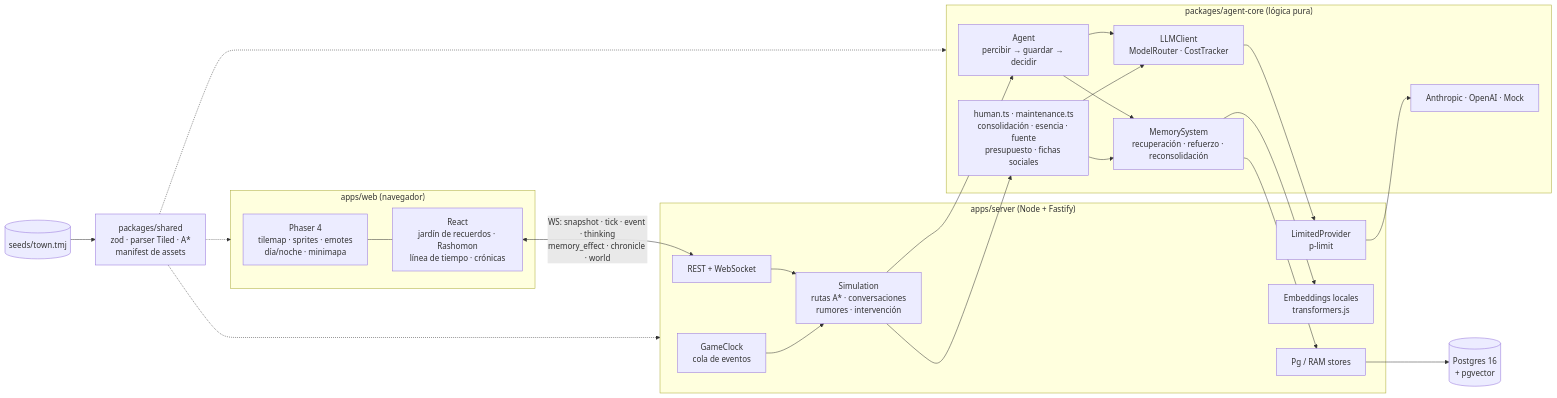
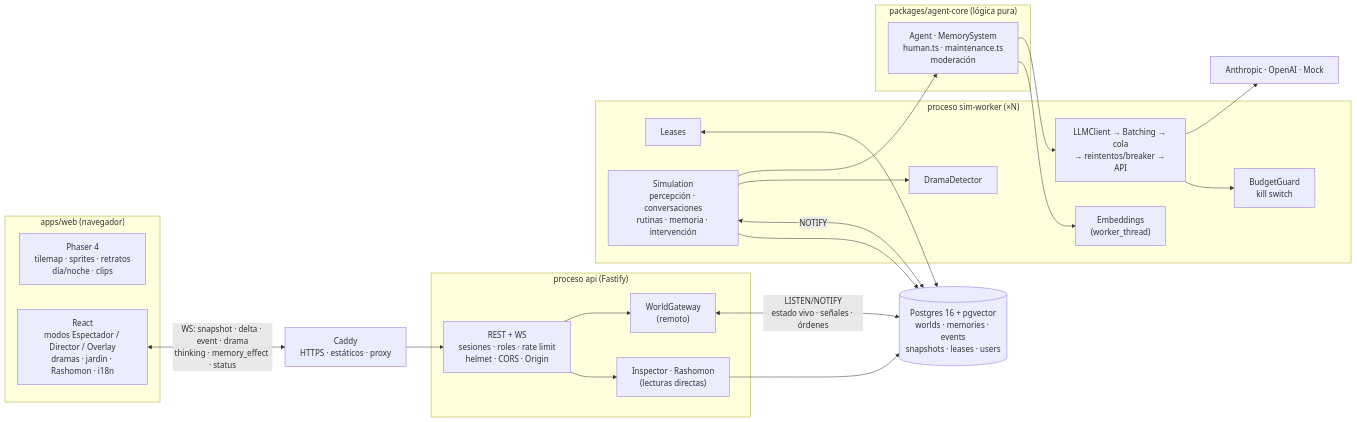
Before and after one commit to jaume768/Lethetown: the diagram in README.md, drawn with Mermaid. The commit also changed other lines of this file and 2 other files, not shown here.

Commit message:
docs: README, CLAUDE.md y PROGRESS-PRODUCCION.md al día (procesos, seguridad, presupuesto, despliegue, interfaz)

````diff
--- a/README.md
+++ b/README.md
@@ -20,45 +25,45 @@
 ```mermaid
 flowchart LR
   subgraph web["apps/web (navegador)"]
-    Phaser["Phaser 4<br/>tilemap · sprites · emotes<br/>día/noche · minimapa"]
-    React["React<br/>jardín de recuerdos · Rashomon<br/>línea de tiempo · crónicas"]
+    Phaser["Phaser 4<br/>tilemap · sprites · retratos<br/>día/noche · clips"]
+    React["React<br/>modos Espectador / Director / Overlay<br/>dramas · jardín · Rashomon · i18n"]
   end
 
-  subgraph server["apps/server (Node + Fastify)"]
-    API["REST + WebSocket"]
-    Clock["GameClock<br/>cola de eventos"]
-    Sim["Simulation<br/>rutas A* · conversaciones<br/>rumores · intervención"]
-    Queue["LimitedProvider<br/>p-limit"]
-    Emb["Embeddings locales<br/>transformers.js"]
-    Stores["Pg / RAM stores"]
+  Caddy["Caddy<br/>HTTPS · estáticos · proxy"]
+
+  subgraph api["proceso api (Fastify)"]
+    REST["REST + WS<br/>sesiones · roles · rate limit<br/>helmet · CORS · Origin"]
+    GW["WorldGateway<br/>(remoto)"]
+    Insp["Inspector · Rashomon<br/>(lecturas directas)"]
+  end
+
+  subgraph worker["proceso sim-worker (×N)"]
+    Lease["Leases"]
+    Sim["Simulation<br/>percepción · conversaciones<br/>rutinas · memoria · intervención"]
+    Drama["DramaDetector"]
+    Budget["BudgetGuard<br/>kill switch"]
+    LLMc["LLMClient → Batching → cola<br/>→ reintentos/breaker → API"]
+    Emb["Embeddings<br/>(worker_thread)"]
   end
 
   subgraph core["packages/agent-core (lógica pura)"]
-    Agent["Agent<br/>percibir → guardar → decidir"]
-    Mem["MemorySystem<br/>recuperación · refuerzo · reconsolidación"]
-    Human["human.ts · maintenance.ts<br/>consolidación · esencia · fuente<br/>presupuesto · fichas sociales"]
-    LLM["LLMClient<br/>ModelRouter · CostTracker"]
-    Prov["Anthropic · OpenAI · Mock"]
+    Agent["Agent · MemorySystem<br/>human.ts · maintenance.ts<br/>moderación"]
   end
 
-  shared["packages/shared<br/>zod · parser Tiled · A*<br/>manifest de assets"]
-  tmj[("seeds/town.tmj")]
+  DB[("Postgres 16 + pgvector<br/>worlds · memories · events<br/>snapshots · leases · users")]
+  Prov["Anthropic · OpenAI · Mock"]
 
-  React <-- "WS: snapshot · tick · event · thinking<br/>memory_effect · chronicle · world" --> API
-  Phaser --- React
-  API --> Sim
-  Clock --> Sim
+  React <-- "WS: snapshot · delta · event · drama<br/>thinking · memory_effect · status" --> Caddy
+  Caddy --> REST
+  REST --> GW
+  REST --> Insp --> DB
+  GW <-- "LISTEN/NOTIFY<br/>estado vivo · señales · órdenes" --> DB
+  Lease <--> DB
   Sim --> Agent
-  Sim --> Human
-  Agent --> Mem
-  Agent --> LLM
-  Human --> Mem
-  Human --> LLM
-  LLM --> Queue --> Prov
-  Mem --> Emb
-  Mem --> Stores --> DB[("Postgres 16<br/>+ pgvector")]
-  tmj --> shared
-  shared -.-> web
-  shared -.-> server
-  shared -.-> core
+  Sim --> Drama
+  Agent --> LLMc --> Prov
+  LLMc --> Budget
+  Agent --> Emb
+  Sim <-- "NOTIFY" --> DB
+  Sim --> DB
 ```
````
